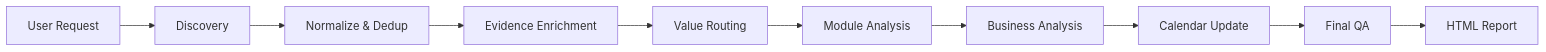
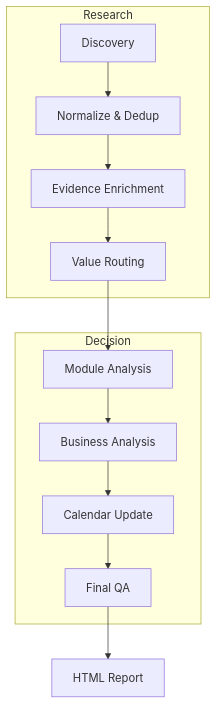
Before and after one commit to liogiyim-del/game-publishing-intelligence-skill: the diagram in README.md, drawn with Mermaid. The commit also changed other lines of this file and 1 other file, not shown here.

````diff
--- a/README.md
+++ b/README.md
@@ -48,12 +48,17 @@
 ```mermaid
-flowchart LR
-    A[User Request] --> B[Discovery]
-    B --> C[Normalize & Dedup]
-    C --> D[Evidence Enrichment]
-    D --> E[Value Routing]
-    E --> F[Module Analysis]
-    F --> G[Business Analysis]
-    G --> H[Calendar Update]
-    H --> I[Final QA]
-    I --> J[HTML Report]
+flowchart TB
+  subgraph A[Research]
+    A1[Discovery] --> A2[Normalize & Dedup]
+    A2 --> A3[Evidence Enrichment]
+    A3 --> A4[Value Routing]
+  end
+
+  subgraph B[Decision]
+    B1[Module Analysis] --> B2[Business Analysis]
+    B2 --> B3[Calendar Update]
+    B3 --> B4[Final QA]
+  end
+
+  A4 --> B1
+  B4 --> C[HTML Report]
 ```
````
